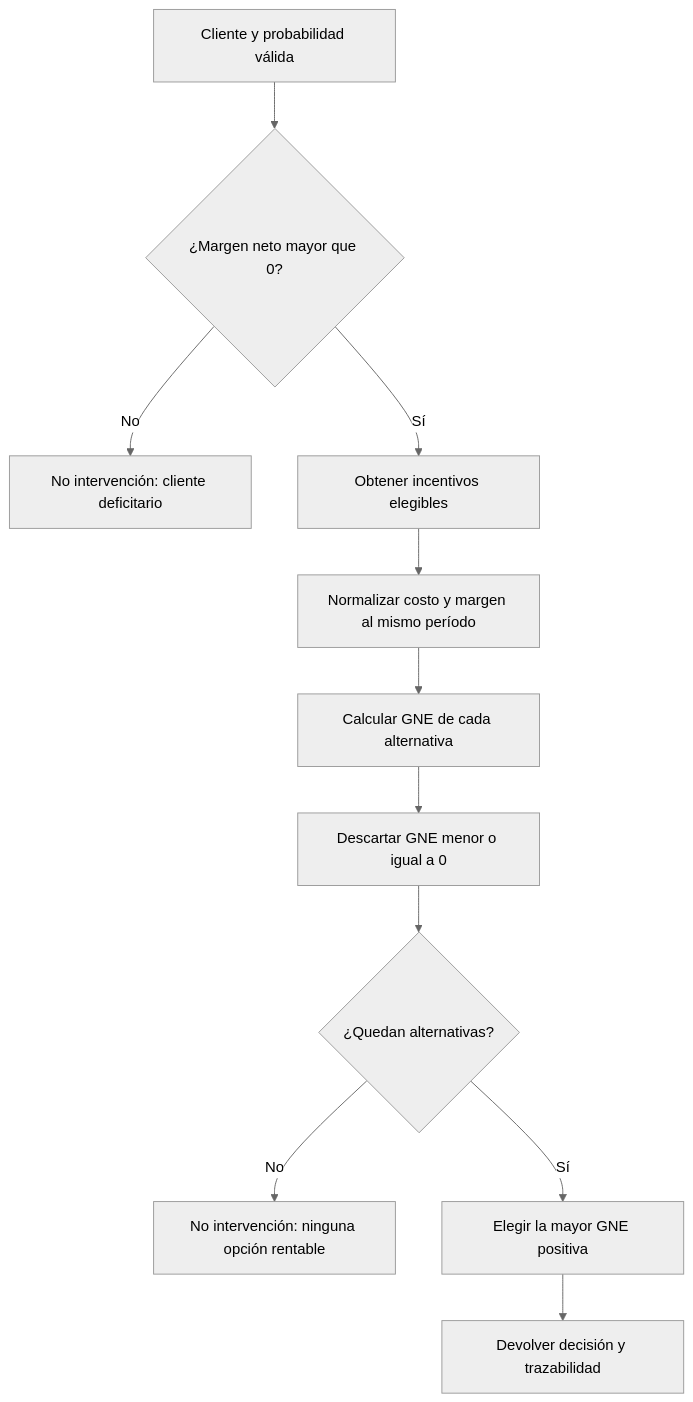
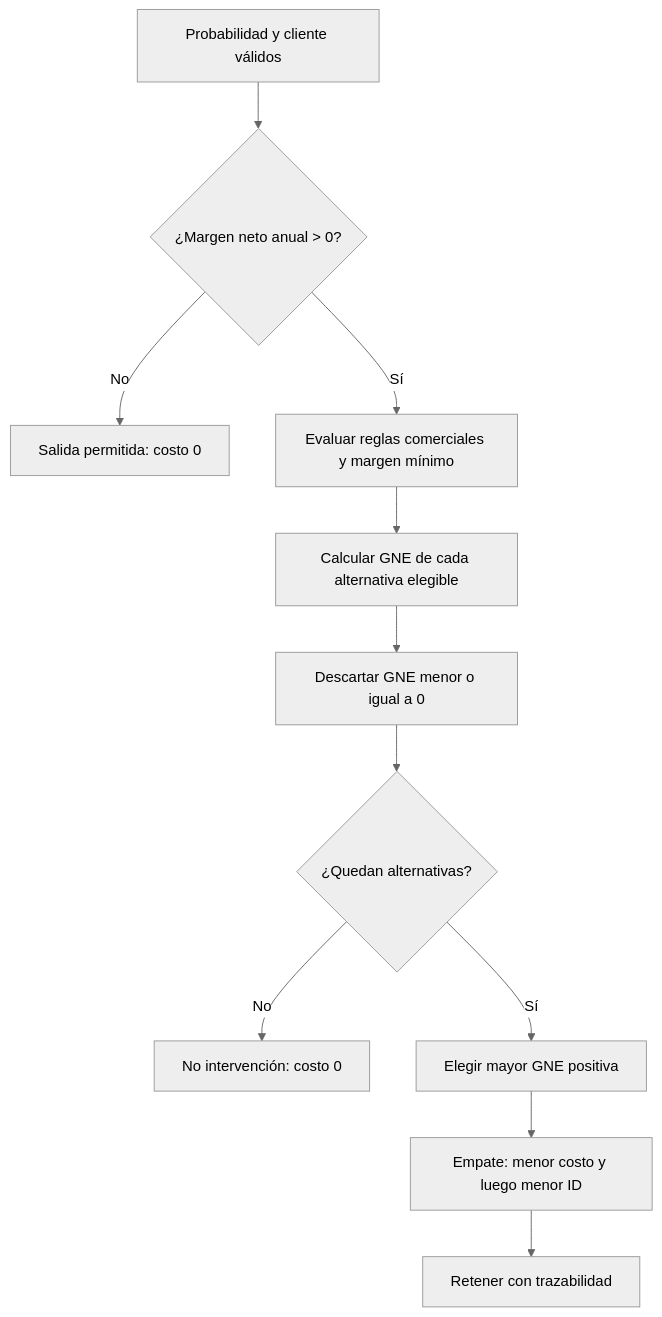
Before and after one commit to An2k24Dm/project-AI: the diagram in docs/financial-model.md, drawn with Mermaid (neutral theme). The commit also changed other lines of this file and 20 other files, not shown here.

````diff
--- a/docs/financial-model.md
+++ b/docs/financial-model.md
@@ -61,13 +69,13 @@
 ```mermaid
 flowchart TD
-    A[Cliente y probabilidad válida] --> B{¿Margen neto mayor que 0?}
-    B -->|No| N[No intervención: cliente deficitario]
-    B -->|Sí| C[Obtener incentivos elegibles]
-    C --> D[Normalizar costo y margen al mismo período]
-    D --> E[Calcular GNE de cada alternativa]
-    E --> F[Descartar GNE menor o igual a 0]
-    F --> G{¿Quedan alternativas?}
-    G -->|No| Z[No intervención: ninguna opción rentable]
-    G -->|Sí| H[Elegir la mayor GNE positiva]
-    H --> I[Devolver decisión y trazabilidad]
+    A[Probabilidad y cliente válidos] --> B{¿Margen neto anual > 0?}
+    B -->|No| S[Salida permitida: costo 0]
+    B -->|Sí| C[Evaluar reglas comerciales y margen mínimo]
+    C --> D[Calcular GNE de cada alternativa elegible]
+    D --> E[Descartar GNE menor o igual a 0]
+    E --> F{¿Quedan alternativas?}
+    F -->|No| N[No intervención: costo 0]
+    F -->|Sí| G[Elegir mayor GNE positiva]
+    G --> H[Empate: menor costo y luego menor ID]
+    H --> R[Retener con trazabilidad]
 ```
````
